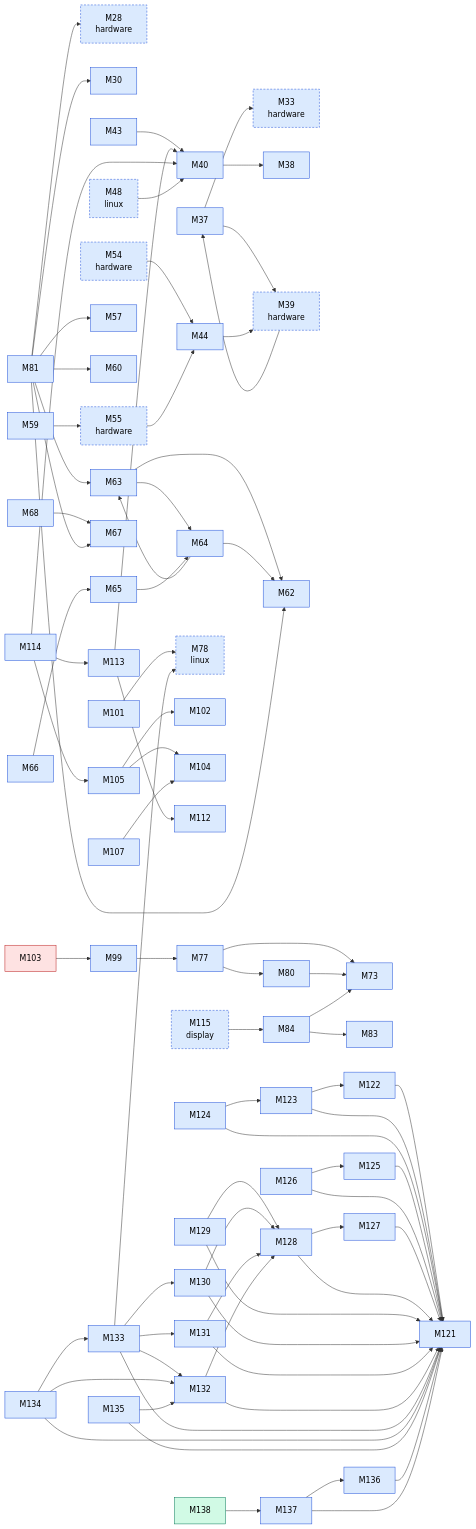
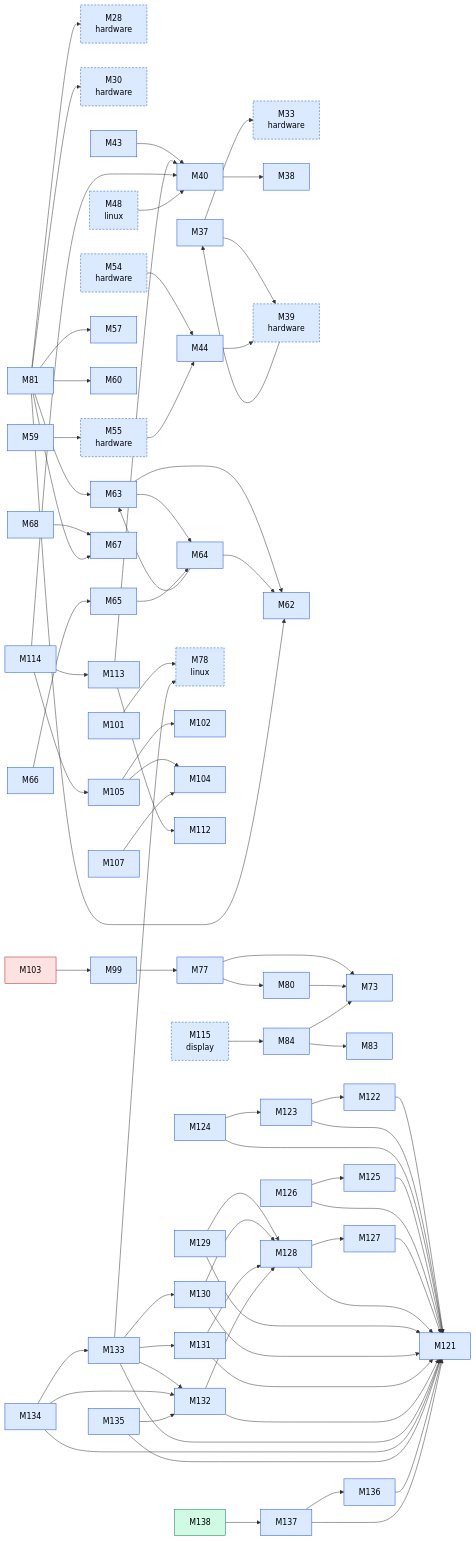
One commit to D-Ogi/amdgpu-wddm changed the second of 3 diagrams in docs/facts/graphs/kmd.md. Above: the diagram before and after it, drawn with Mermaid. The commit also changed 25 other files, not shown here.

````diff
--- a/docs/facts/graphs/kmd.md
+++ b/docs/facts/graphs/kmd.md
@@ -73,7 +73,7 @@
 ```mermaid
 flowchart LR
   M28["M28<br/>hardware"]:::MEASURED
-  M30["M30"]:::MEASURED
+  M30["M30<br/>hardware"]:::MEASURED
   M33["M33<br/>hardware"]:::MEASURED
   M37["M37"]:::MEASURED
   M38["M38"]:::MEASURED
@@ -209,5 +209,5 @@
   classDef CONFIRMED fill:#d1fae5,stroke:#047857,color:#000
   classDef REFUTED fill:#fee2e2,stroke:#b91c1c,color:#000
   classDef other stroke-dasharray:4 3
-  class M28,M33,M39,M48,M54,M55,M78,M115 other
+  class M28,M30,M33,M39,M48,M54,M55,M78,M115 other
 ```
````
